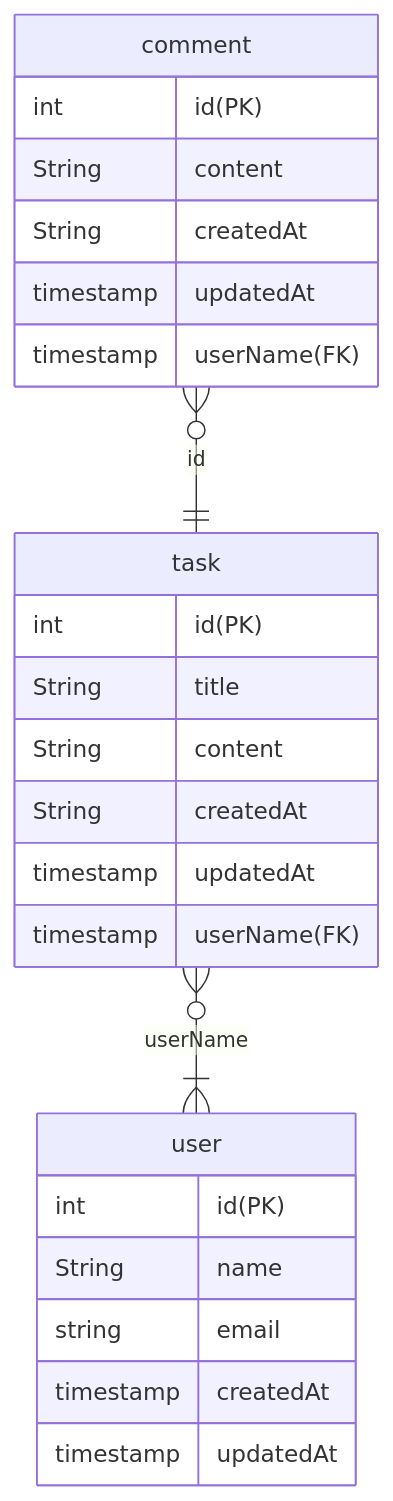
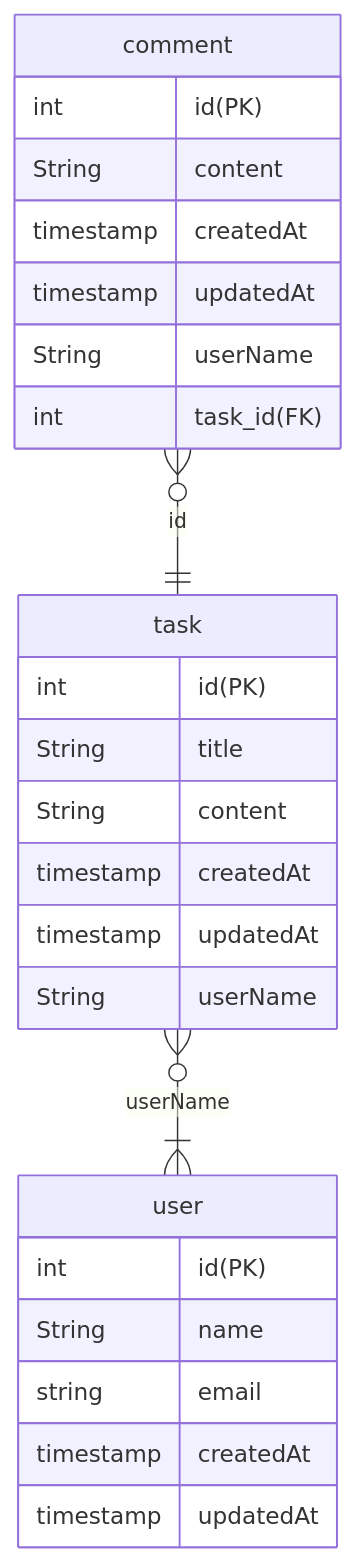
One commit to junseok708/Scheduler changed the diagram in README.md. Above: the diagram before and after it, drawn with Mermaid. The commit also changed other lines of this file and 6 other files, not shown here.

````diff
--- a/README.md
+++ b/README.md
@@ -27,31 +156,32 @@
 ```mermaid
 
 erDiagram
     task }o--|{ user: userName
     task {
         int id(PK)
         String title
         String content
-        String createdAt
+        timestamp createdAt
         timestamp updatedAt
-        timestamp userName(FK)
+        String userName
     }
 
     comment }o--|| task: id
     comment {
         int id(PK)
         String content
-        String createdAt
+        timestamp createdAt
         timestamp updatedAt
-        timestamp userName(FK)
+        String userName
+        int task_id(FK)
     }
 
     user {
         int id(PK)
         String name
         string email
         timestamp createdAt
         timestamp updatedAt
     }
 
 ```
````
